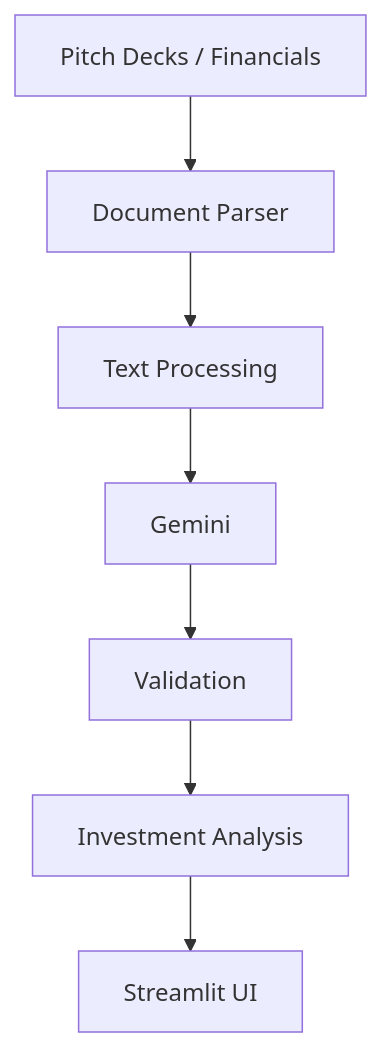
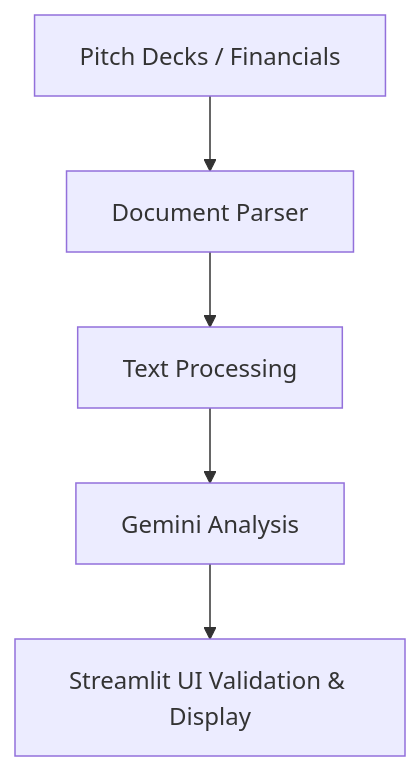
One commit to Nishad773/Founder_Submission_Triage_Agent changed the diagram in README.md. Above: the diagram before and after it, drawn with Mermaid. The commit also changed other lines of this file and 6 other files, not shown here.

````diff
--- a/README.md
+++ b/README.md
@@ -34,9 +34,7 @@
 ```mermaid
 flowchart TD
     A["Pitch Decks / Financials"] --> B["Document Parser"]
     B --> C["Text Processing"]
-    C --> D["Gemini"]
-    D --> E["Validation"]
-    E --> F["Investment Analysis"]
-    F --> G["Streamlit UI"]
+    C --> D["Gemini Analysis"]
+    D --> E["Streamlit UI Validation & Display"]
 ```
````
